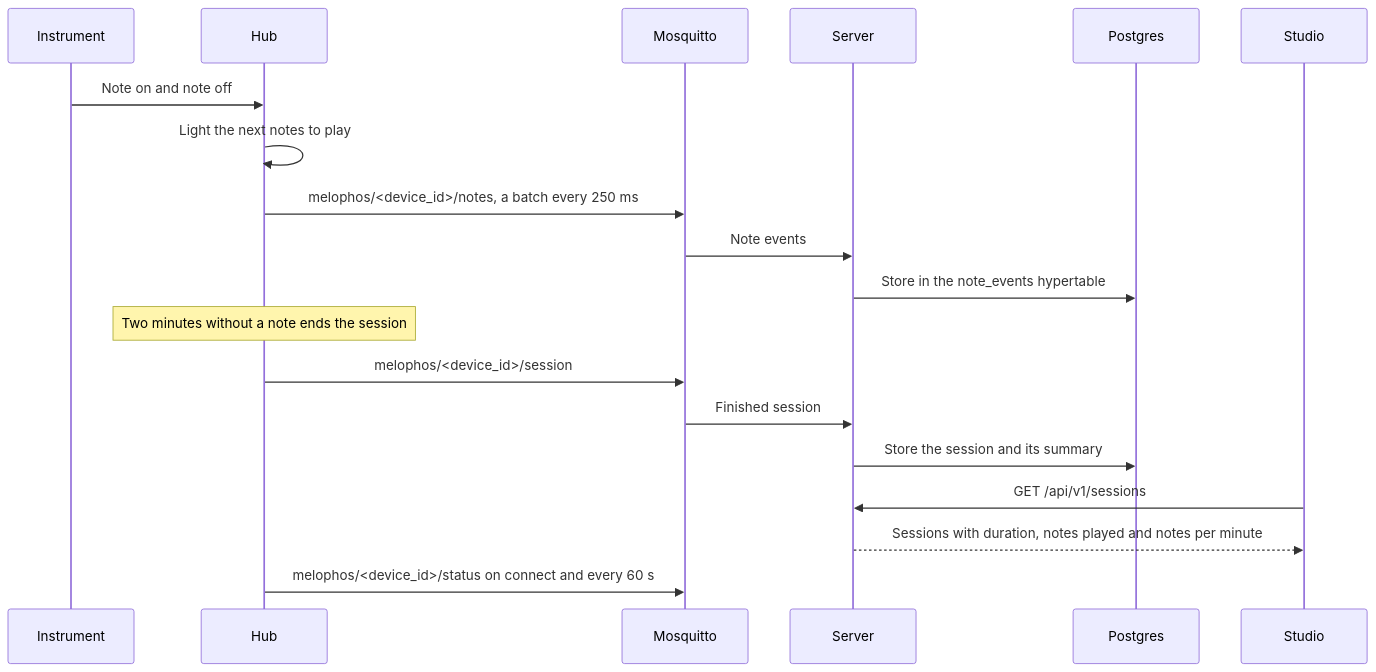
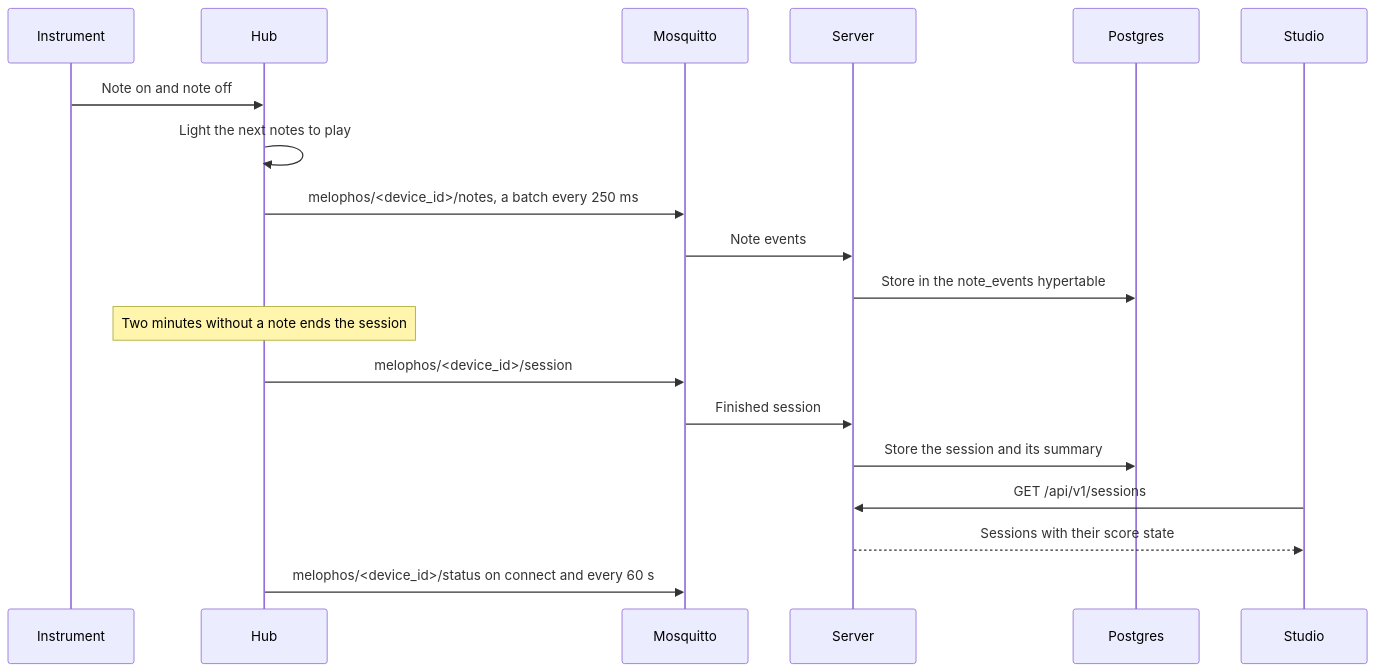
The second of 2 diagrams in architecture.md (melophos/docs), drawn with Mermaid before and after one commit. The commit also changed other lines of this file and 14 other files, not shown here.

````diff
--- a/architecture.md
+++ b/architecture.md
@@ -37,22 +36,22 @@
 ```mermaid
 sequenceDiagram
     participant I as Instrument
     participant H as Hub
     participant M as Mosquitto
     participant S as Server
     participant D as Postgres
     participant B as Studio
 
     I->>H: Note on and note off
     H->>H: Light the next notes to play
     H->>M: melophos/<device_id>/notes, a batch every 250 ms
     M->>S: Note events
     S->>D: Store in the note_events hypertable
     Note over H: Two minutes without a note ends the session
     H->>M: melophos/<device_id>/session
     M->>S: Finished session
     S->>D: Store the session and its summary
     B->>S: GET /api/v1/sessions
-    S-->>B: Sessions with duration, notes played and notes per minute
+    S-->>B: Sessions with their score state
     H->>M: melophos/<device_id>/status on connect and every 60 s
 ```
````
